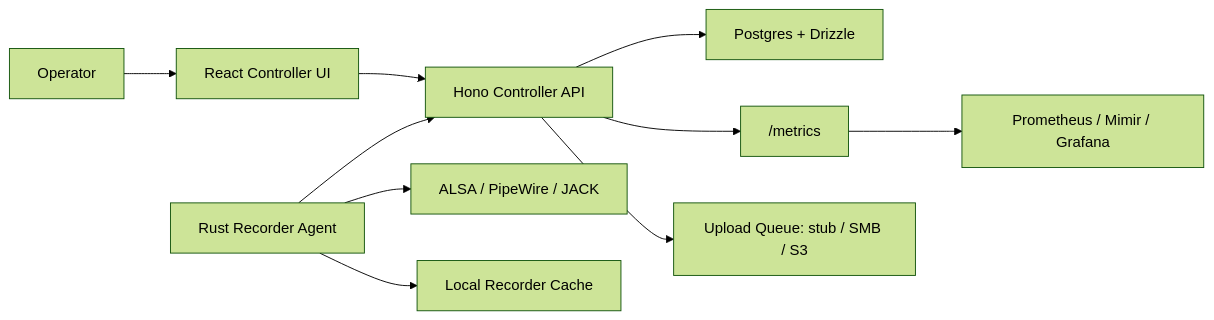
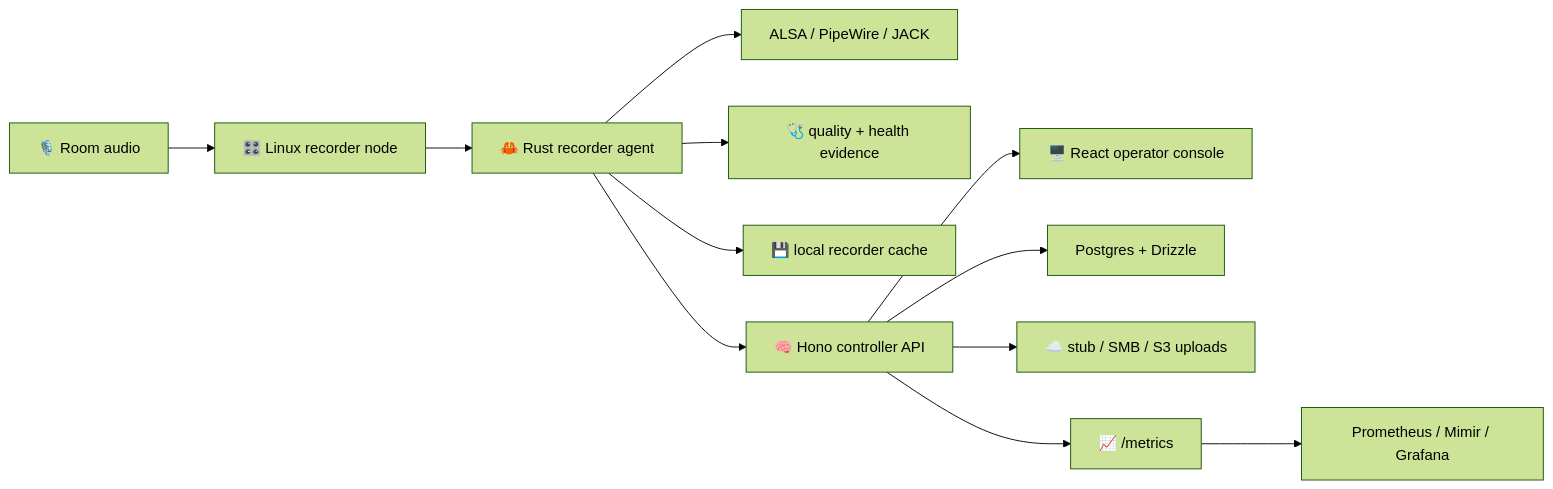
One commit to yashau/Rakkr changed the diagram in README.md. Above: the diagram before and after it, drawn with Mermaid (forest theme). The commit also changed other lines of this file and 5 other files, not shown here.

````diff
--- a/README.md
+++ b/README.md
@@ -34,12 +51,14 @@
 ```mermaid
 flowchart LR
-  operator["Operator"] --> web["React Controller UI"]
-  web --> api["Hono Controller API"]
+  room["🎙️ Room audio"] --> node["🎛️ Linux recorder node"]
+  node --> agent["🦀 Rust recorder agent"]
+  agent --> capture["ALSA / PipeWire / JACK"]
+  agent --> health["🩺 quality + health evidence"]
+  agent --> cache["💾 local recorder cache"]
+  agent --> api["🧠 Hono controller API"]
+  api --> ui["🖥️ React operator console"]
   api --> db["Postgres + Drizzle"]
-  api --> metrics["/metrics"]
-  agent["Rust Recorder Agent"] --> api
-  agent --> audio["ALSA / PipeWire / JACK"]
-  agent --> cache["Local Recorder Cache"]
-  api --> upload["Upload Queue: stub / SMB / S3"]
+  api --> upload["☁️ stub / SMB / S3 uploads"]
+  api --> metrics["📈 /metrics"]
   metrics --> obs["Prometheus / Mimir / Grafana"]
 ```
````
